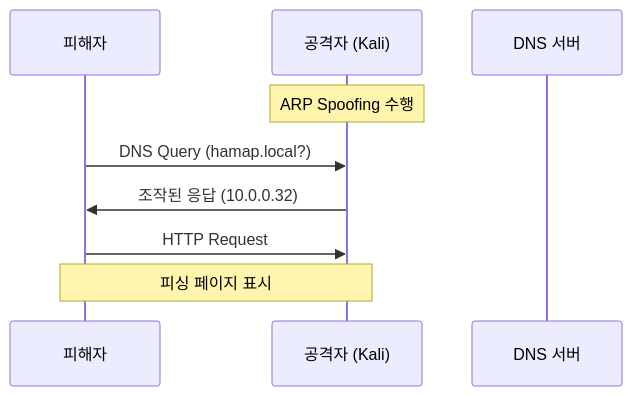
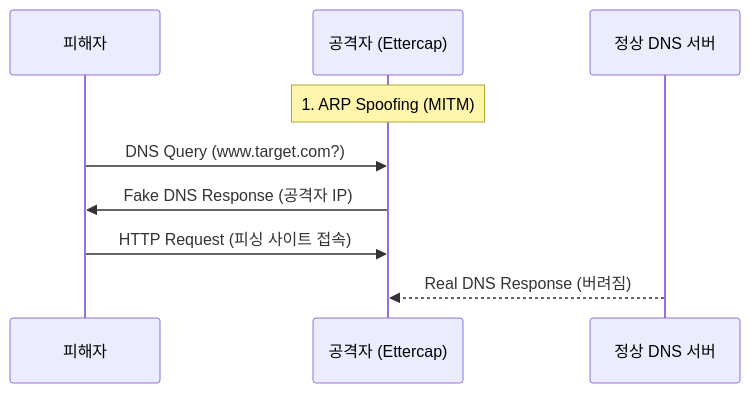
Before and after one commit to HamaPr/HamaPr.github.io: the diagram in _posts/hacking-tools/2025-11-07-Ettercap_study.md, drawn with Mermaid. The commit also changed other lines of this file and 94 other files, not shown here.

````diff
--- a/_posts/hacking-tools/2025-11-07-Ettercap_study.md
+++ b/_posts/hacking-tools/2025-11-07-Ettercap_study.md
@@ -25,12 +20,12 @@
 ```mermaid
 sequenceDiagram
     participant V as 피해자
-    participant A as 공격자 (Kali)
-    participant D as DNS 서버
+    participant A as 공격자 (Ettercap)
+    participant D as 정상 DNS 서버
 
-    Note over A: ARP Spoofing 수행
-    V->>A: DNS Query (hamap.local?)
-    A->>V: 조작된 응답 (10.0.0.32)
-    V->>A: HTTP Request
-    Note over V,A: 피싱 페이지 표시
+    Note over A: 1. ARP Spoofing (MITM)
+    V->>A: DNS Query (www.target.com?)
+    A->>V: Fake DNS Response (공격자 IP)
+    V->>A: HTTP Request (피싱 사이트 접속)
+    D-->>A: Real DNS Response (버려짐)
 ```
````
